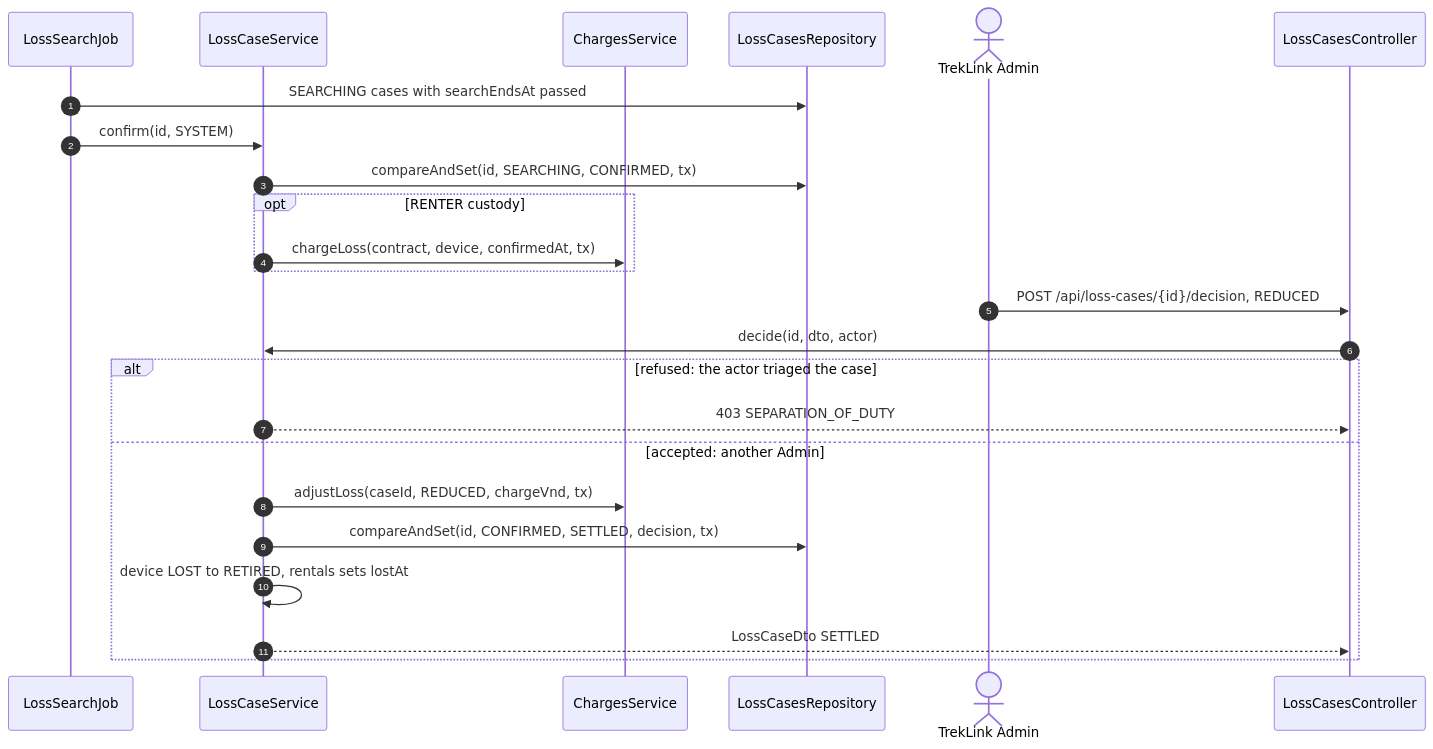
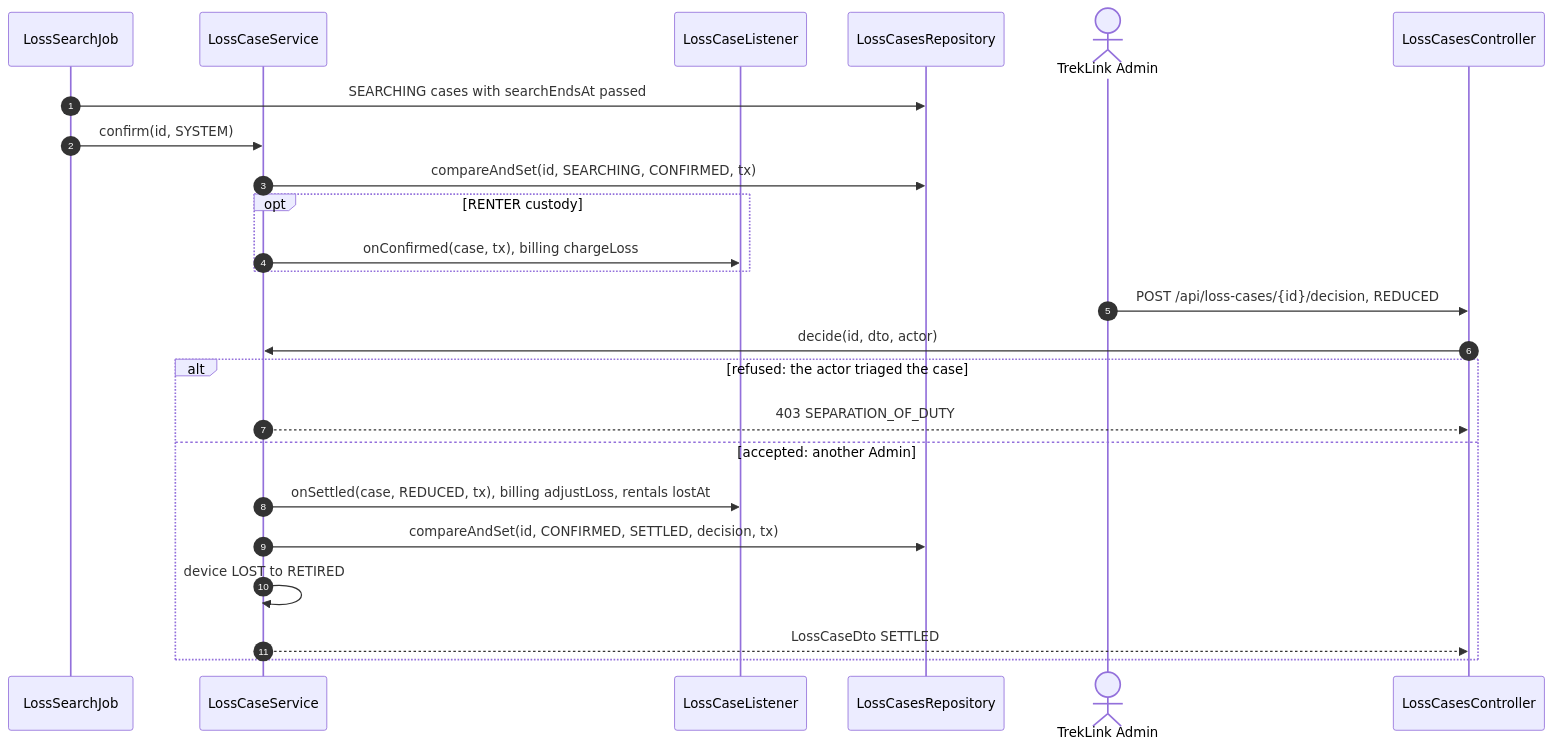
Before and after one commit to TrekLink-Team/treklink-web: diagram 12 of 18 in specs/devices/design.md, drawn with Mermaid. The commit also changed other lines of this file and 39 other files, not shown here.

````diff
--- a/specs/devices/design.md
+++ b/specs/devices/design.md
@@ -426,26 +448,26 @@
 ```mermaid
 sequenceDiagram
     autonumber
     participant J as LossSearchJob
     participant S as LossCaseService
-    participant B as ChargesService
+    participant B as LossCaseListener
     participant R as LossCasesRepository
     actor Ad as TrekLink Admin
     participant C as LossCasesController
     J->>R: SEARCHING cases with searchEndsAt passed
     J->>S: confirm(id, SYSTEM)
     S->>R: compareAndSet(id, SEARCHING, CONFIRMED, tx)
     opt RENTER custody
-        S->>B: chargeLoss(contract, device, confirmedAt, tx)
+        S->>B: onConfirmed(case, tx), billing chargeLoss
     end
     Ad->>C: POST /api/loss-cases/{id}/decision, REDUCED
     C->>S: decide(id, dto, actor)
     alt refused: the actor triaged the case
         S-->>C: 403 SEPARATION_OF_DUTY
     else accepted: another Admin
-        S->>B: adjustLoss(caseId, REDUCED, chargeVnd, tx)
+        S->>B: onSettled(case, REDUCED, tx), billing adjustLoss, rentals lostAt
         S->>R: compareAndSet(id, CONFIRMED, SETTLED, decision, tx)
-        S->>S: device LOST to RETIRED, rentals sets lostAt
+        S->>S: device LOST to RETIRED
         S-->>C: LossCaseDto SETTLED
     end
 ```
````
